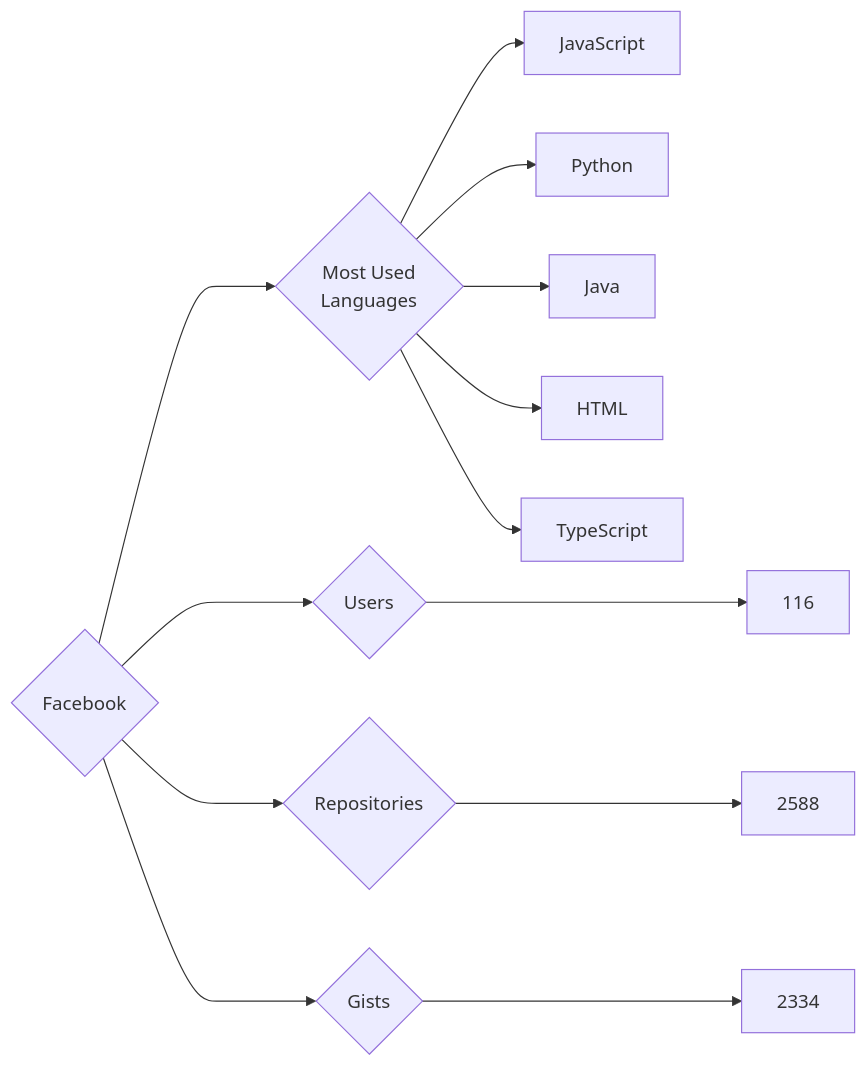
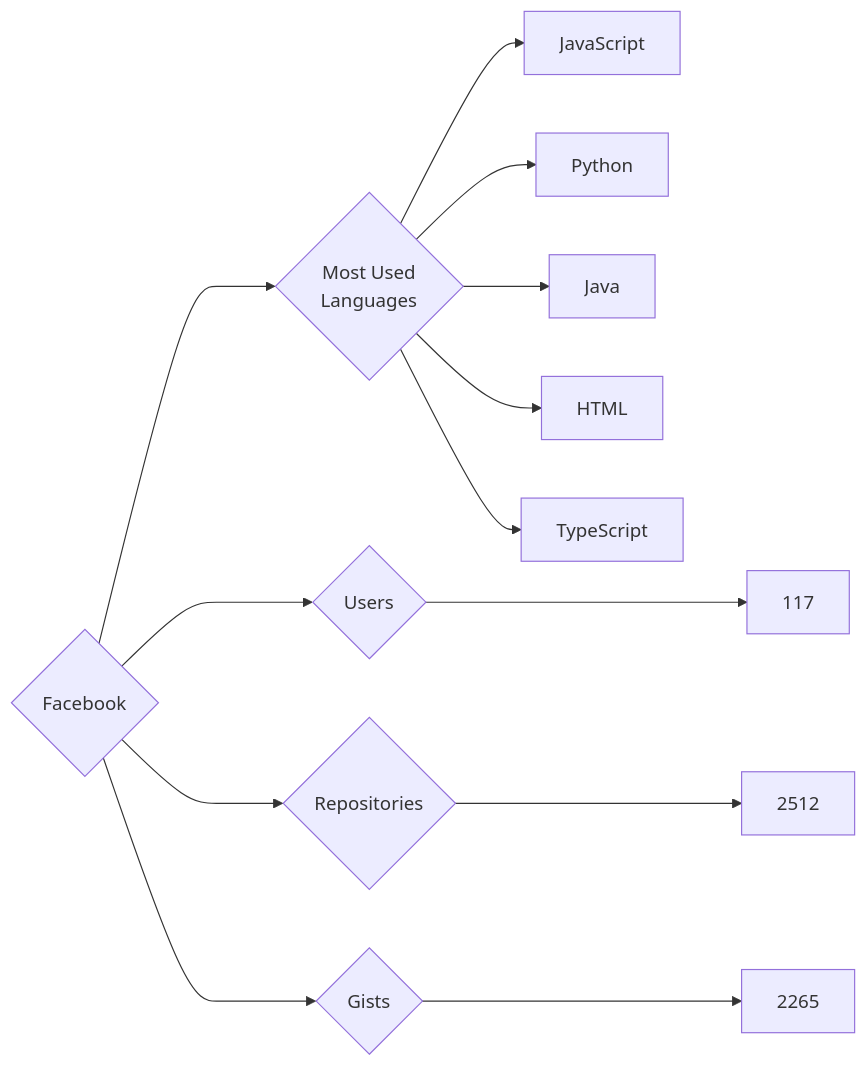
Before and after one commit to trickest/insiders: the diagram in targets/Facebook/README.md, drawn with Mermaid. The commit also changed 777 other files, not shown here.

````diff
--- a/targets/Facebook/README.md
+++ b/targets/Facebook/README.md
@@ -3,13 +3,13 @@
 ```mermaid
 graph LR
 COMPANY_NAME{Facebook}
-COMPANY_NAME ---> U{Users} ---> UN[116]
-COMPANY_NAME ---> R{Repositories} ---> RN[2588]
-COMPANY_NAME ---> G{Gists} ---> GN[2334]
+COMPANY_NAME ---> U{Users} ---> UN[117]
+COMPANY_NAME ---> R{Repositories} ---> RN[2512]
+COMPANY_NAME ---> G{Gists} ---> GN[2265]
 COMPANY_NAME ---> ML{Most Used<br>Languages}
 ML --> JavaScript[JavaScript]
 ML --> Python[Python]
 ML --> Java[Java]
 ML --> HTML[HTML]
 ML --> TypeScript[TypeScript]
 ```
````
